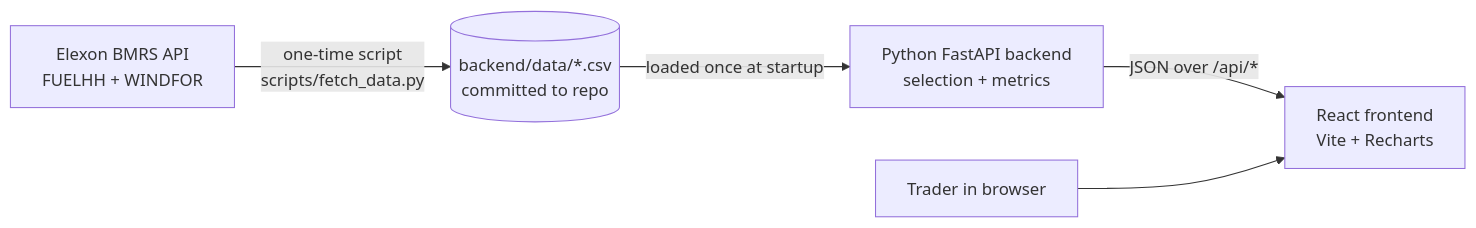
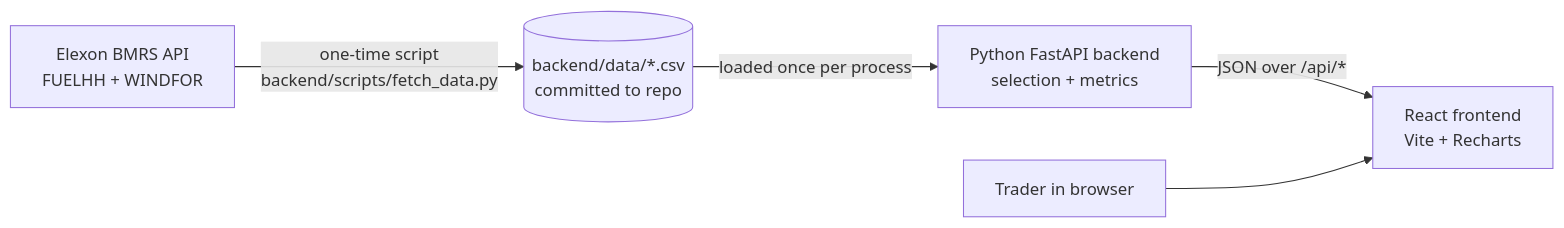
The first of 2 diagrams in ARCHITECTURE.md (abhayraj2705/pp3i75), drawn with Mermaid before and after one commit. The commit also changed other lines of this file and 11 other files, not shown here.

Commit message:
Add Docker setup, Vercel config, README and updated architecture doc

````diff
--- a/ARCHITECTURE.md
+++ b/ARCHITECTURE.md
@@ -39,7 +41,7 @@
 ```mermaid
 flowchart LR
-    E[Elexon BMRS API<br/>FUELHH + WINDFOR] -->|one-time script<br/>scripts/fetch_data.py| D[(backend/data/*.csv<br/>committed to repo)]
-    D -->|loaded once at startup| B[Python FastAPI backend<br/>selection + metrics]
+    E[Elexon BMRS API<br/>FUELHH + WINDFOR] -->|one-time script<br/>backend/scripts/fetch_data.py| D[(backend/data/*.csv<br/>committed to repo)]
+    D -->|loaded once per process| B[Python FastAPI backend<br/>selection + metrics]
     B -->|JSON over /api/*| F[React frontend<br/>Vite + Recharts]
     U[Trader in browser] --> F
 ```
````
